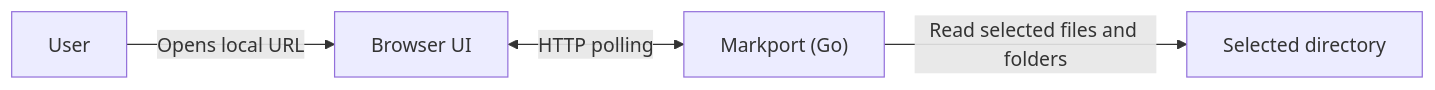
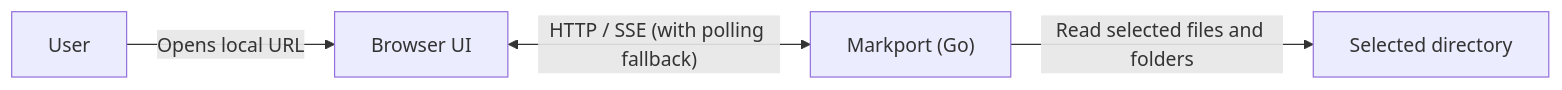
Before and after one commit to yomon8/markport: the diagram in README.md, drawn with Mermaid. The commit also changed other lines of this file and 1 other file, not shown here.

Commit message:
docs: align README shortcuts, Vim navigation, and architecture diagram

````diff
--- a/README.md
+++ b/README.md
@@ -338,6 +338,6 @@
 ```mermaid
 flowchart LR
     user["User"] -->|"Opens local URL"| browser["Browser UI"]
-    browser <-->|"HTTP polling"| server["Markport (Go)"]
+    browser <-->|"HTTP / SSE (with polling fallback)"| server["Markport (Go)"]
     server -->|"Read selected files and folders"| directory["Selected directory"]
 ```
````
